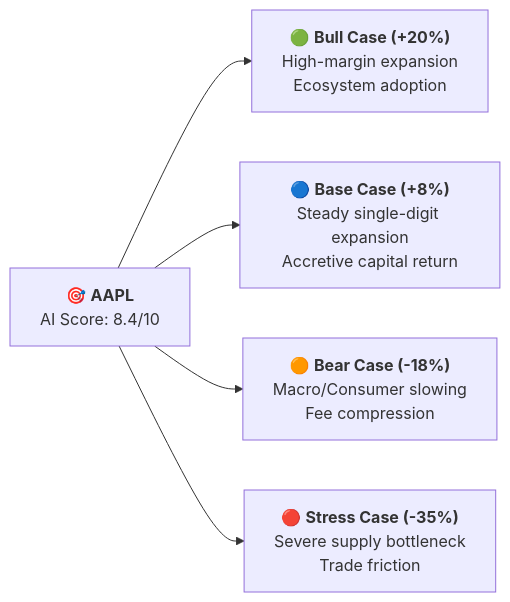
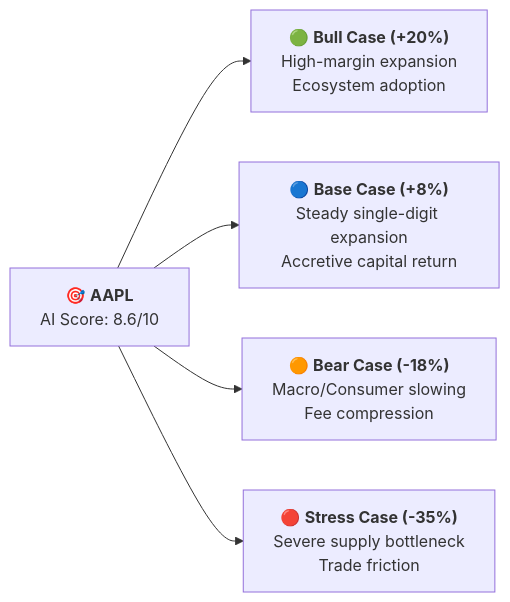
The first of 2 diagrams in research/AAPL/README.md (drmohammadzadeh/StockMarketAnalyzer), drawn with Mermaid before and after one commit. The commit also changed other lines of this file and 12 other files, not shown here.

````diff
--- a/research/AAPL/README.md
+++ b/research/AAPL/README.md
@@ -56,7 +79,7 @@
 ```mermaid
 graph LR
-    A["🎯 <b>AAPL</b><br/>AI Score: 8.4/10"] --> B["🟢 <b>Bull Case (+20%)</b><br/>High-margin expansion<br/>Ecosystem adoption"]
+    A["🎯 <b>AAPL</b><br/>AI Score: 8.6/10"] --> B["🟢 <b>Bull Case (+20%)</b><br/>High-margin expansion<br/>Ecosystem adoption"]
     A --> C["🔵 <b>Base Case (+8%)</b><br/>Steady single-digit expansion<br/>Accretive capital return"]
     A --> D["🟠 <b>Bear Case (-18%)</b><br/>Macro/Consumer slowing<br/>Fee compression"]
     A --> E["🔴 <b>Stress Case (-35%)</b><br/>Severe supply bottleneck<br/>Trade friction"]
 ```
````
